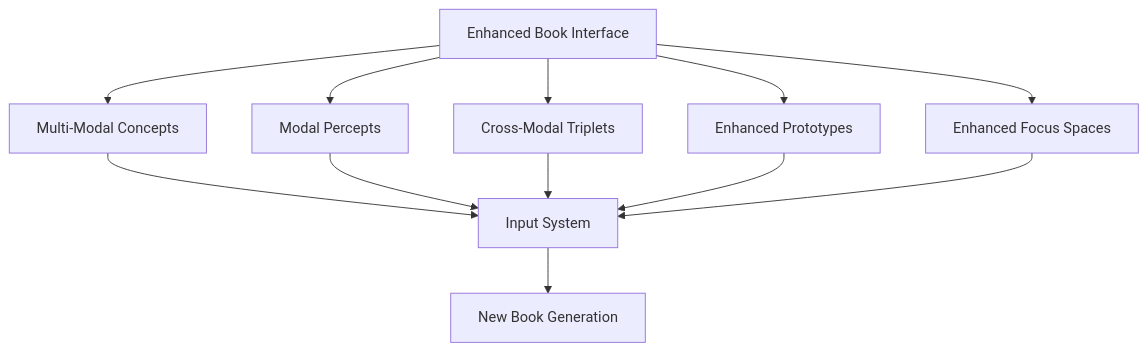
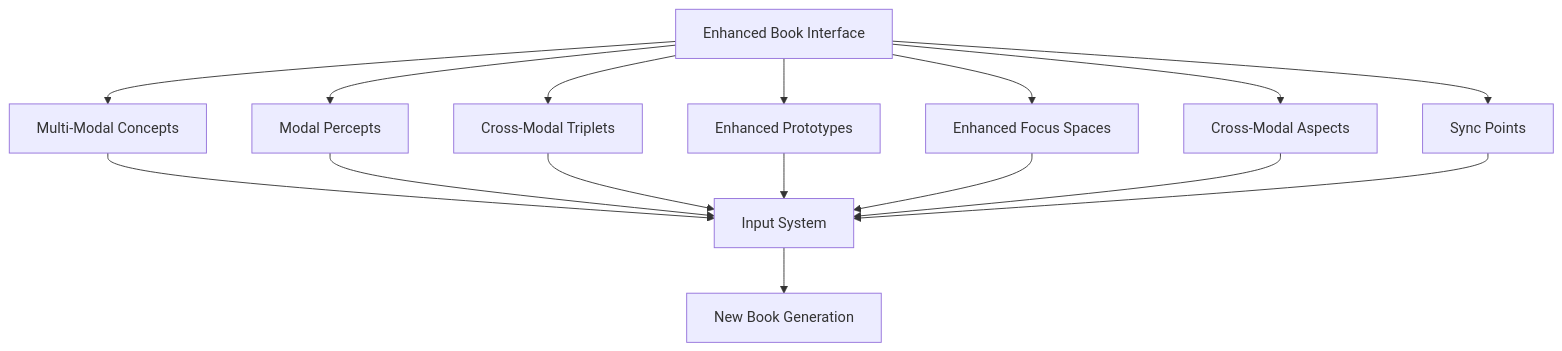
One commit to heavyblotto/memorativa changed the fifth of 5 diagrams in docs/3. the machine system/memorativa-3-11-enhanced-chain-of-thought.md. Above: the diagram before and after it, drawn with Mermaid. The commit also changed other lines of this file and 71 other files, not shown here.

````diff
--- a/docs/3. the machine system/memorativa-3-11-enhanced-chain-of-thought.md
+++ b/docs/3. the machine system/memorativa-3-11-enhanced-chain-of-thought.md
@@ -267,16 +717,20 @@
 ```mermaid
 graph TD
     B[Enhanced Book Interface] --> D[Multi-Modal Concepts]
     B --> P[Modal Percepts]
     B --> T[Cross-Modal Triplets]
     B --> PR[Enhanced Prototypes]
     B --> F[Enhanced Focus Spaces]
+    B --> A[Cross-Modal Aspects]
+    B --> S[Sync Points]
     
     D --> IS[Input System]
     P --> IS
     T --> IS
     PR --> IS
     F --> IS
+    A --> IS
+    S --> IS
     
     IS --> NB[New Book Generation]
 ```
````
